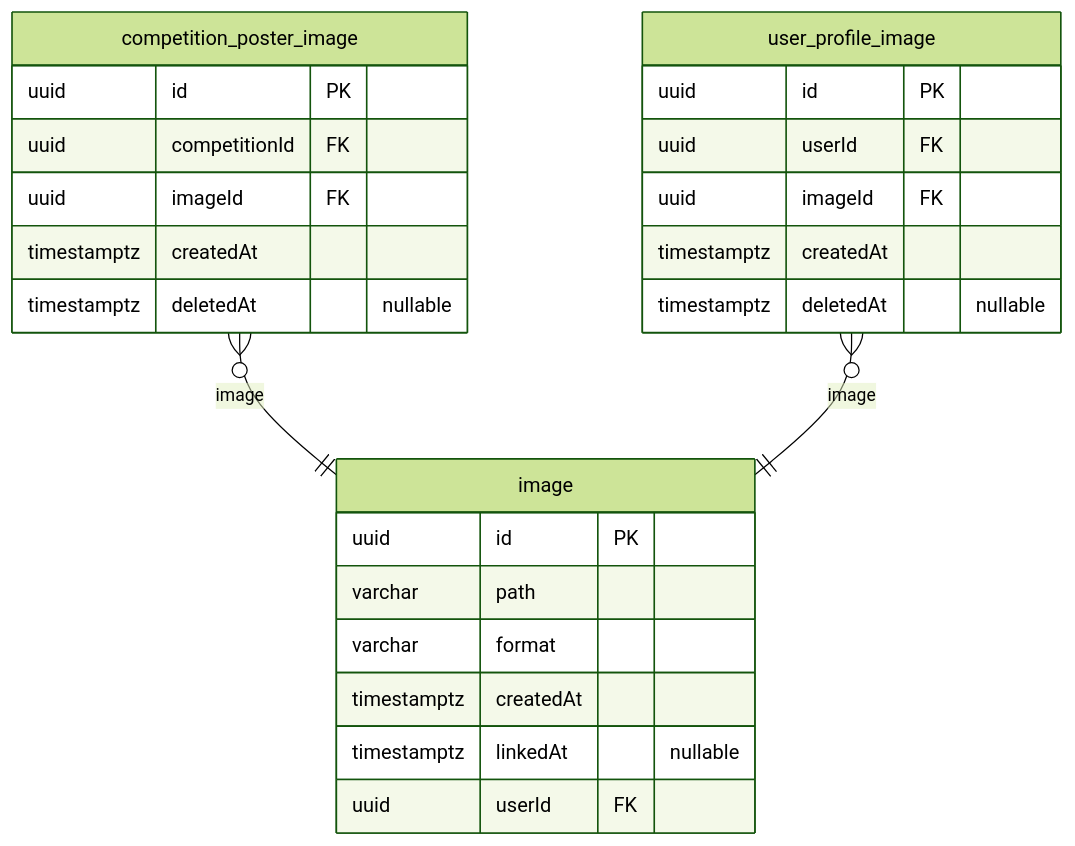
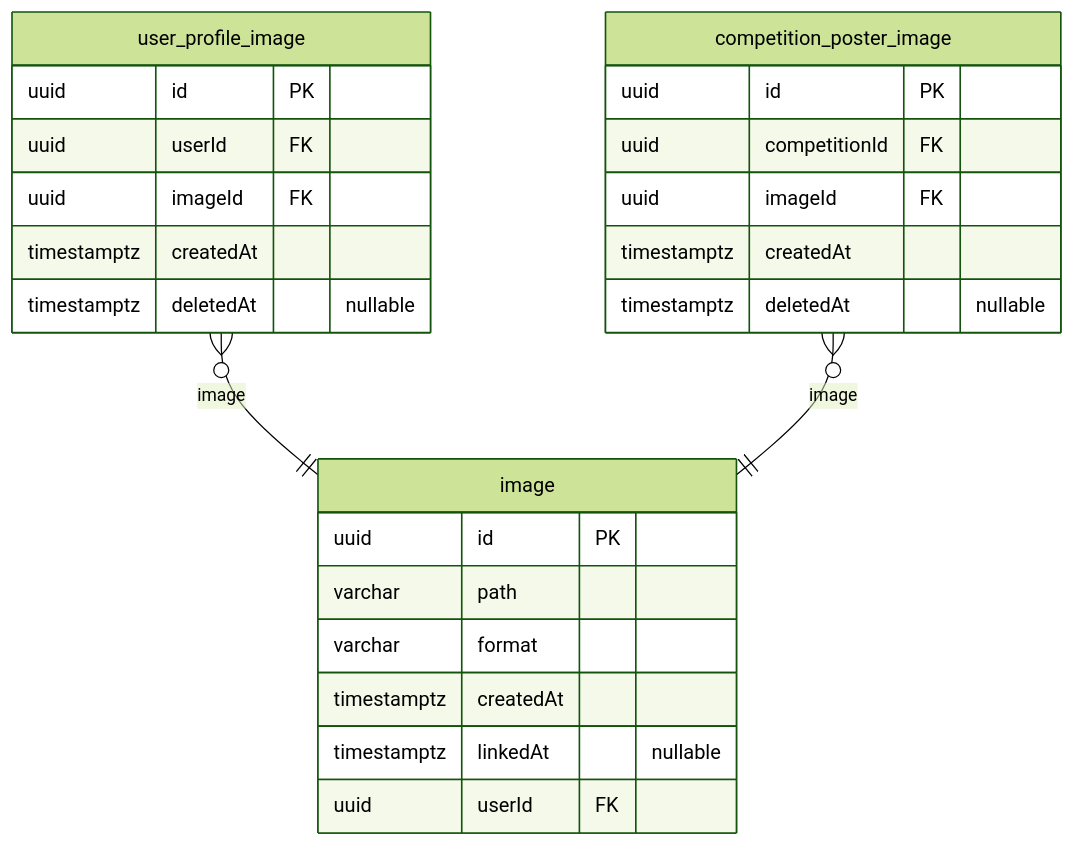
The fifth of 5 diagrams in docs/najiha-v2-erd.md (NAJUHA-JIUJITSU/najuha-v2-be), drawn with Mermaid (forest theme) before and after one commit. The commit also changed other lines of this file, not shown here.

````diff
--- a/docs/najiha-v2-erd.md
+++ b/docs/najiha-v2-erd.md
@@ -897,27 +897,27 @@
 ```mermaid
 erDiagram
-  competition_poster_image {
-    uuid id PK
-    uuid competitionId FK
-    uuid imageId FK
-    timestamptz createdAt
-    timestamptz deletedAt "nullable"
-  }
   user_profile_image {
     uuid id PK
     uuid userId FK
     uuid imageId FK
     timestamptz createdAt
     timestamptz deletedAt "nullable"
   }
   image {
     uuid id PK
     varchar path
     varchar format
     timestamptz createdAt
     timestamptz linkedAt "nullable"
     uuid userId FK
   }
+  competition_poster_image {
+    uuid id PK
+    uuid competitionId FK
+    uuid imageId FK
+    timestamptz createdAt
+    timestamptz deletedAt "nullable"
+  }
+  user_profile_image }o--|| image: image
   competition_poster_image }o--|| image: image
-  user_profile_image }o--|| image: image
 ```
````
